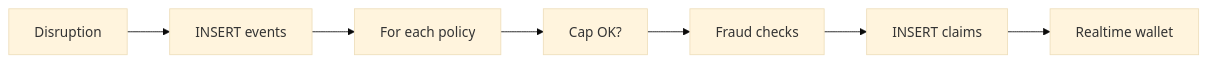
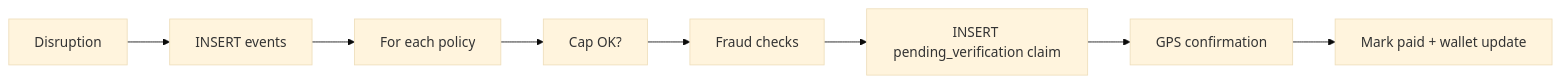
The diagram in Docs/src/content/docs/features/claims-processing.md (lohitkolluri/Oasis), drawn with Mermaid (base theme) before and after one commit. The commit also changed other lines of this file and 12 other files, not shown here.

First line of the commit message:
🔒 fix payout auth and align verification-first claims flow

````diff
--- a/Docs/src/content/docs/features/claims-processing.md
+++ b/Docs/src/content/docs/features/claims-processing.md
@@ -25,9 +26,10 @@
 ```mermaid
 flowchart LR
     A[Disruption] --> B[INSERT events]
     B --> C[For each policy]
     C --> D[Cap OK?]
     D --> E[Fraud checks]
-    E --> F[INSERT claims]
-    F --> G[Realtime wallet]
+    E --> F[INSERT pending_verification claim]
+    F --> G[GPS confirmation]
+    G --> H[Mark paid + wallet update]
 ```
````
